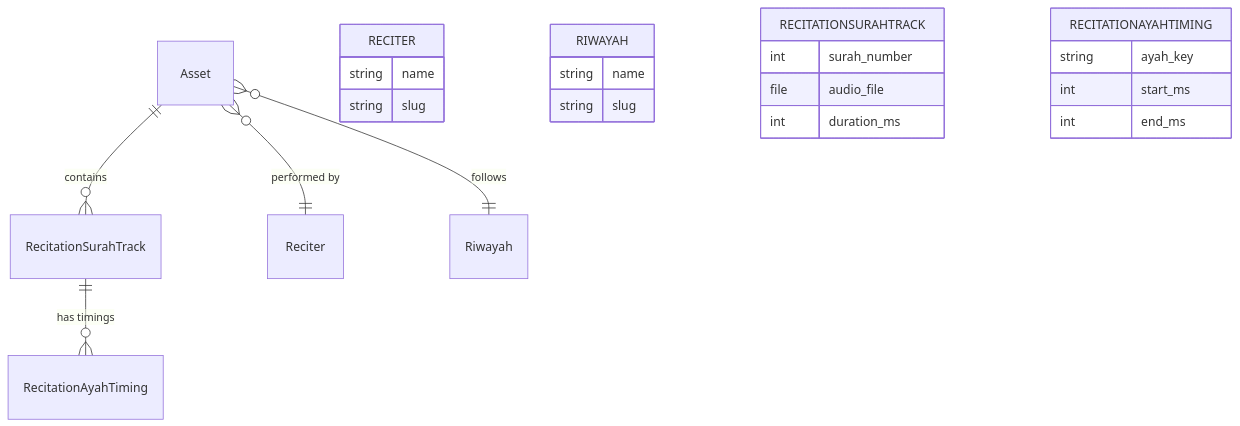
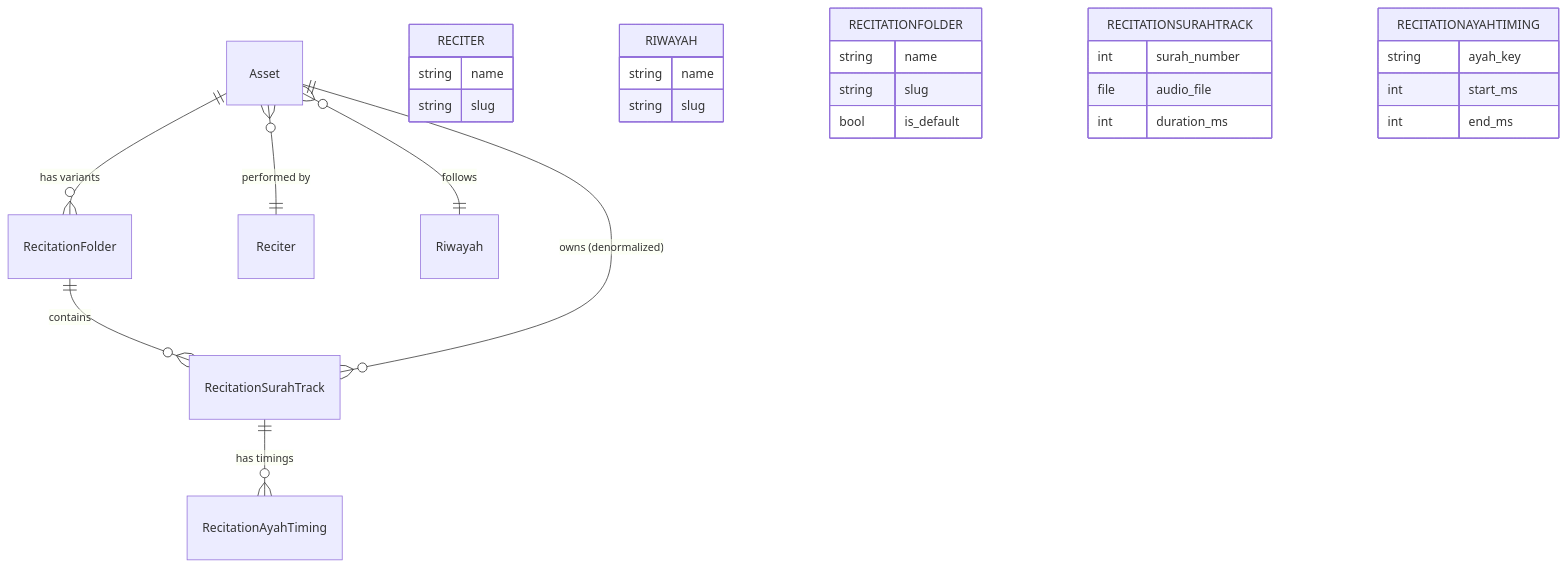
One commit to Itqan-community/cms-backend changed the eighth of 8 diagrams in docs/ARCHITECTURE.md. Above: the diagram before and after it, drawn with Mermaid. The commit also changed other lines of this file and 47 other files, not shown here.

````diff
--- a/docs/ARCHITECTURE.md
+++ b/docs/ARCHITECTURE.md
@@ -349,29 +350,37 @@
 ```mermaid
 erDiagram
-    Asset ||--o{ RecitationSurahTrack : "contains"
+    Asset ||--o{ RecitationFolder : "has variants"
+    RecitationFolder ||--o{ RecitationSurahTrack : "contains"
+    Asset ||--o{ RecitationSurahTrack : "owns (denormalized)"
     RecitationSurahTrack ||--o{ RecitationAyahTiming : "has timings"
     Asset }o--|| Reciter : "performed by"
     Asset }o--|| Riwayah : "follows"
 
     RECITER {
         string name
         string slug
     }
 
     RIWAYAH {
         string name
         string slug
     }
 
+    RECITATIONFOLDER {
+        string name
+        string slug
+        bool is_default
+    }
+
     RECITATIONSURAHTRACK {
         int surah_number
         file audio_file
         int duration_ms
     }
 
     RECITATIONAYAHTIMING {
         string ayah_key
         int start_ms
         int end_ms
     }
 ```
````
